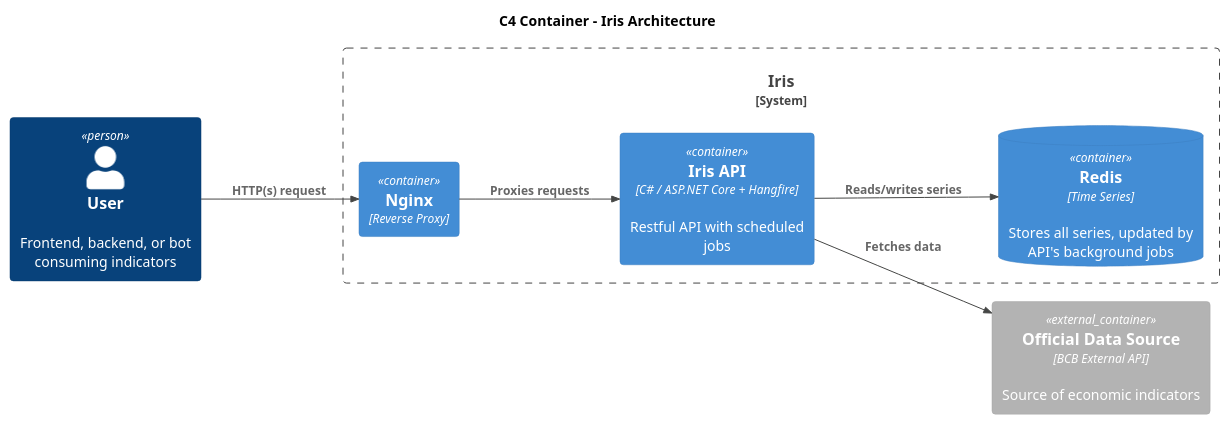
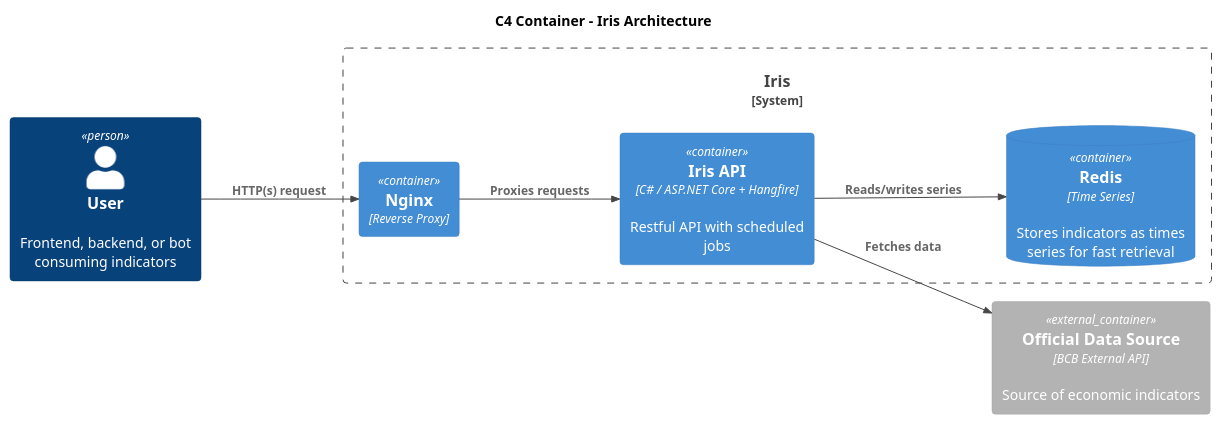
The diagram in docs/arch.puml (joaopaulopmedeiros/iris), drawn with PlantUML before and after one commit. The commit also changed 1 other file, not shown here.

Commit message:
docs: updates diagram

```diff
--- a/docs/arch.puml
+++ b/docs/arch.puml
@@ -1,26 +1,26 @@
 @startuml
 !includeurl https://raw.githubusercontent.com/plantuml-stdlib/C4-PlantUML/master/C4_Container.puml
 
 LAYOUT_LEFT_RIGHT()
 !theme vibrant
 
 title C4 Container - Iris Architecture
 
 Person(user, "User", "Frontend, backend, or bot consuming indicators")
 System_Boundary(iris, "Iris") {
   Container(nginx, "Nginx", "Reverse Proxy")
   Container(api, "Iris API", "C# / ASP.NET Core + Hangfire", "Restful API with scheduled jobs") {
   }
-  ContainerDb(redis, "Redis", "Time Series", "Stores all series, updated by API's background jobs")
+  ContainerDb(redis, "Redis", "Time Series", "Stores indicators as times series for fast retrieval")
 }
 
 Container_Ext(bacen, "Official Data Source", "BCB External API", "Source of economic indicators")
 
 Rel(user, nginx, "HTTP(s) request")
 Rel(nginx, api, "Proxies requests")
 Rel(api, redis, "Reads/writes series")
 Rel(api, bacen, "Fetches data")
 
 SHOW_PERSON_OUTLINE()
 
 @enduml
```
